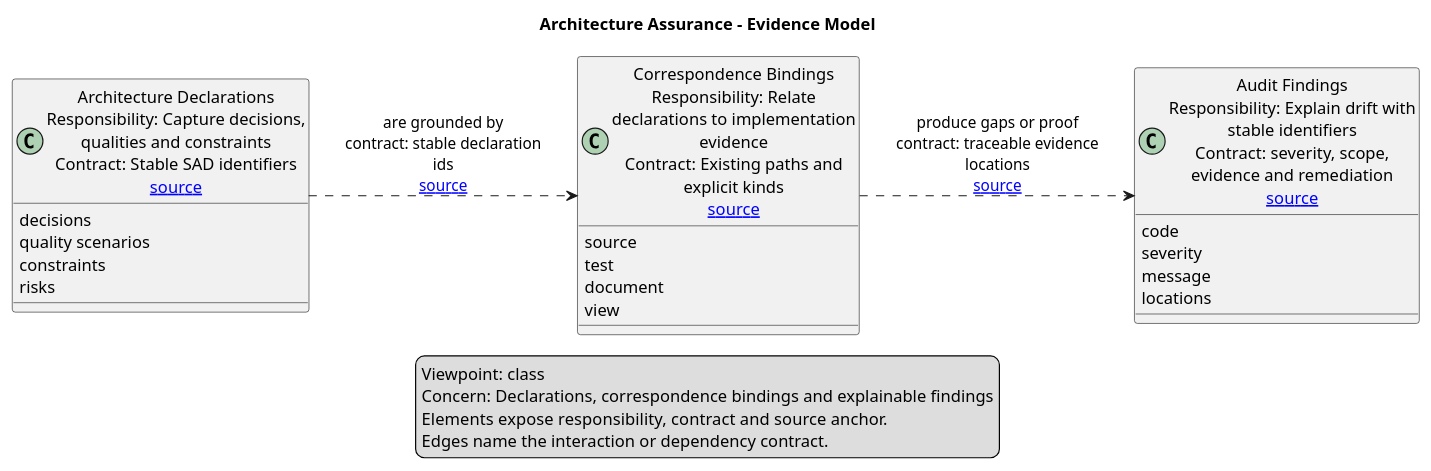
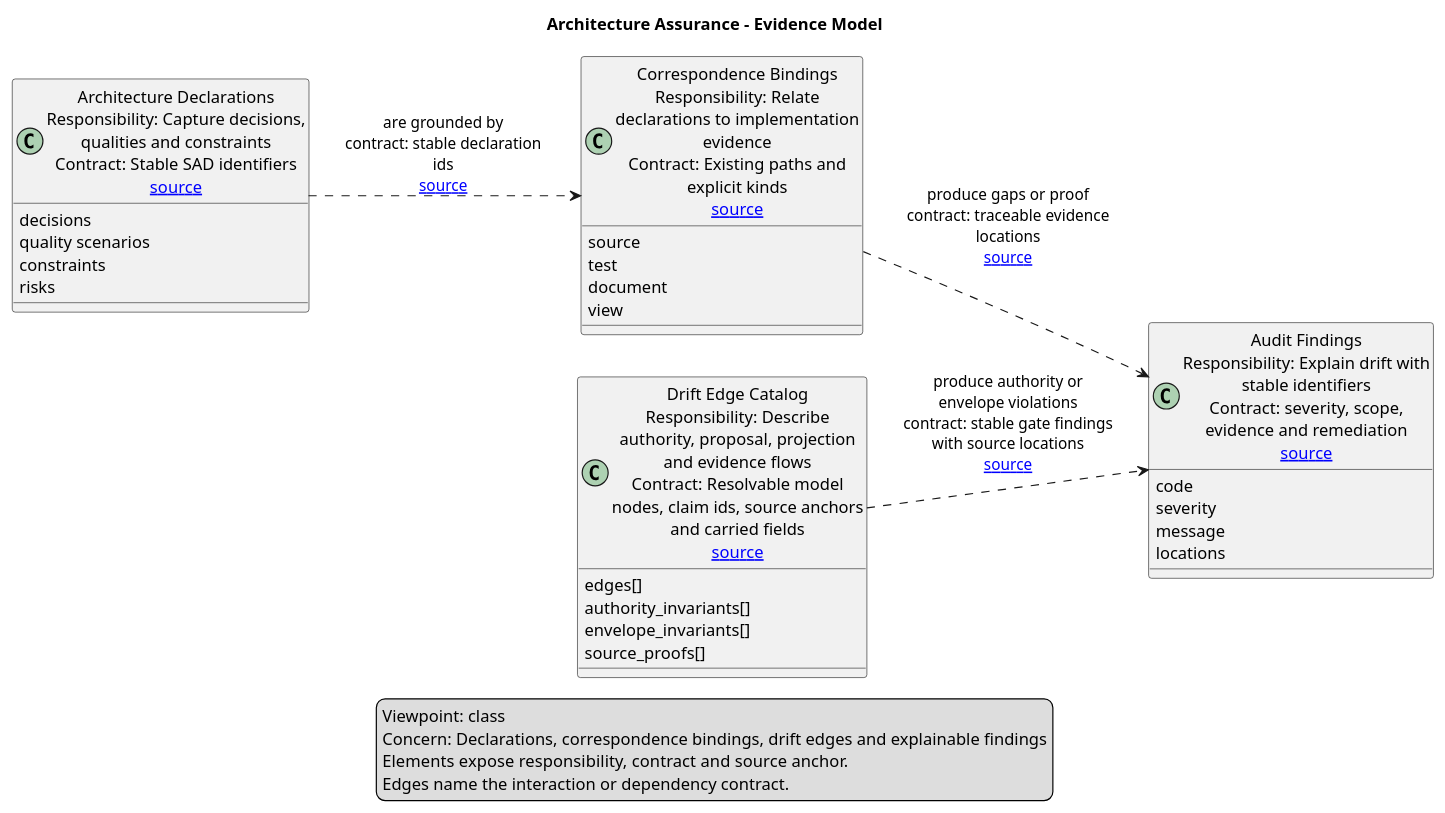
Before and after one commit to Held0fTheWelt/ASHEN-SHELL: the diagram in UML/Project/architecture-assurance/classes/evidence-model.puml, drawn with PlantUML. The commit also changed 20 other files, not shown here.

First line of the commit message:
feat: extend architecture assurance with drift edges and remediation runway

```diff
--- a/UML/Project/architecture-assurance/classes/evidence-model.puml
+++ b/UML/Project/architecture-assurance/classes/evidence-model.puml
@@ -1,42 +1,50 @@
 @startuml
 ' bt-view-kind: class
 ' bt-view-id: architecture-assurance:evidence-model
 title Architecture Assurance - Evidence Model
 left to right direction
 skinparam shadowing false
 skinparam wrapWidth 220
 skinparam maxMessageSize 180
 
 ' bt-element-id: declarations
 ' bt-element-id: bindings
+' bt-element-id: drift_edges
 ' bt-element-id: findings
 
 class "Architecture Declarations\nResponsibility: Capture decisions, qualities and constraints\nContract: Stable SAD identifiers\n[[../../../../tools/architecture_assurance/sad_parser.py source]]" as declarations {
   decisions
   quality scenarios
   constraints
   risks
 }
 class "Correspondence Bindings\nResponsibility: Relate declarations to implementation evidence\nContract: Existing paths and explicit kinds\n[[../../../../tools/architecture_assurance/manifest_builder.py source]]" as bindings {
   source
   test
   document
   view
 }
+class "Drift Edge Catalog\nResponsibility: Describe authority, proposal, projection and evidence flows\nContract: Resolvable model nodes, claim ids, source anchors and carried fields\n[[../../../../tools/architecture_assurance/drift_edge_catalog.json source]]" as drift_edges {
+  edges[]
+  authority_invariants[]
+  envelope_invariants[]
+  source_proofs[]
+}
 class "Audit Findings\nResponsibility: Explain drift with stable identifiers\nContract: severity, scope, evidence and remediation\n[[../../../../tools/architecture_assurance/reporters.py source]]" as findings {
   code
   severity
   message
   locations
 }
 
 bindings ..> findings : "produce gaps or proof\ncontract: traceable evidence locations\n[[../../../../tools/architecture_assurance/audit.py source]]"
 declarations ..> bindings : "are grounded by\ncontract: stable declaration ids\n[[../../../../tools/architecture_assurance/manifest_builder.py source]]"
+drift_edges ..> findings : "produce authority or envelope violations\ncontract: stable gate findings with source locations\n[[../../../../tools/architecture_assurance/drift_edges.py source]]"
 
 legend bottom
 Viewpoint: class
-Concern: Declarations, correspondence bindings and explainable findings
+Concern: Declarations, correspondence bindings, drift edges and explainable findings
 Elements expose responsibility, contract and source anchor.
 Edges name the interaction or dependency contract.
 endlegend
 @enduml
```
